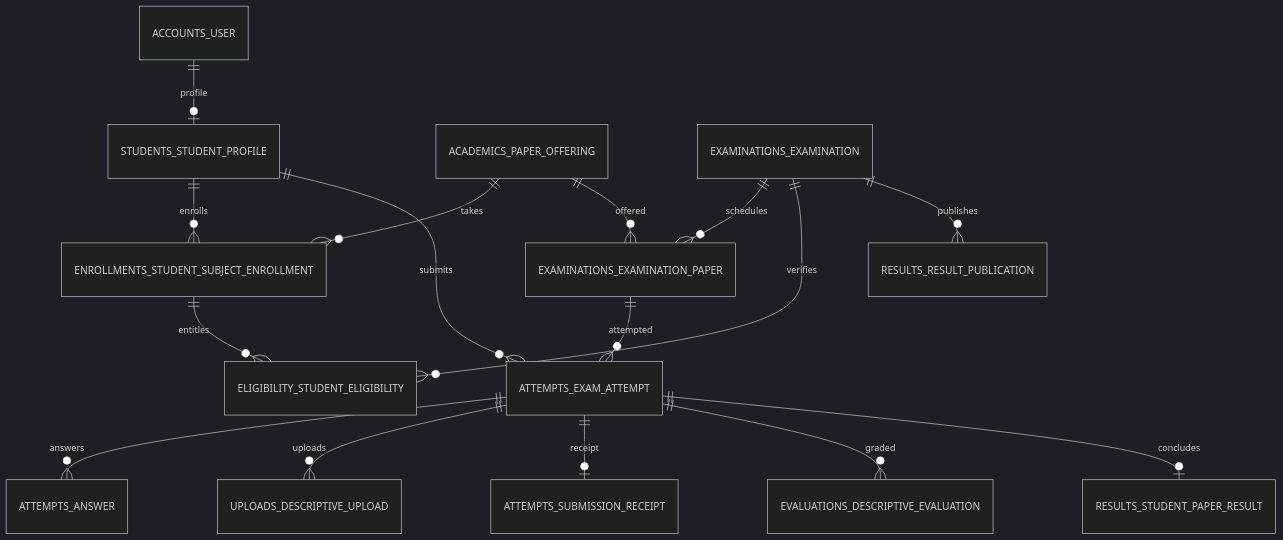
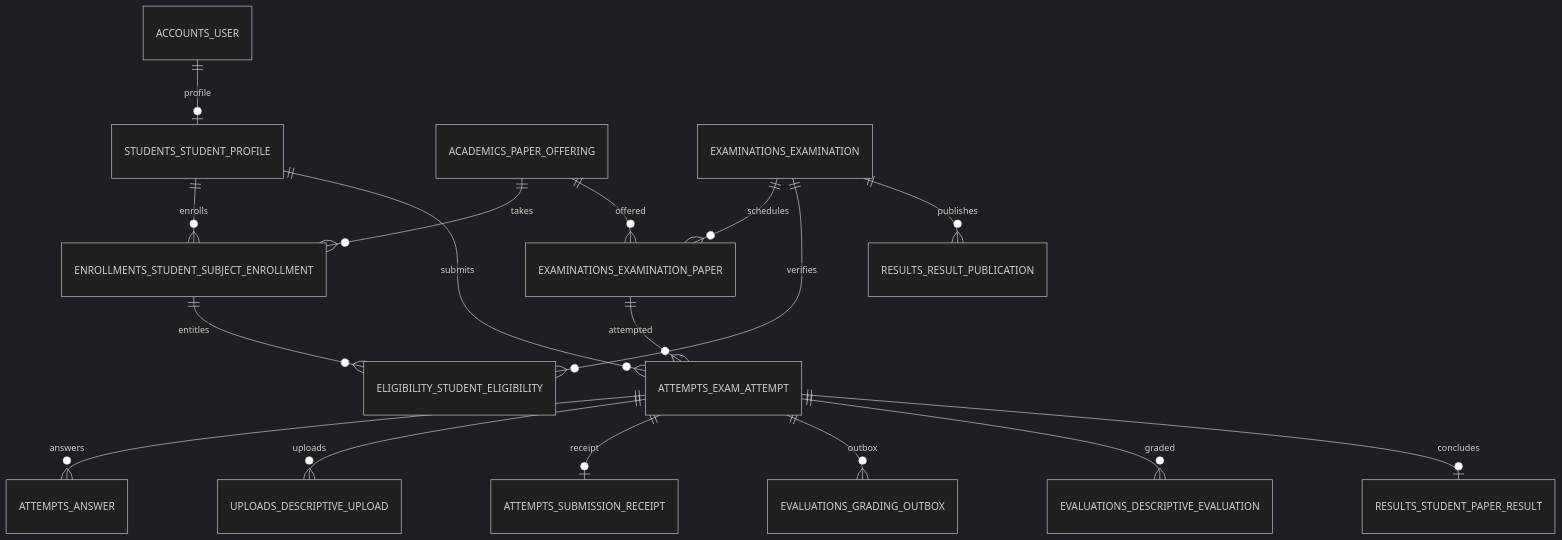
The seventh of 7 diagrams in docs/database-architecture.md (USER-00001-IND/college-online-examination-system), drawn with Mermaid (dark theme) before and after one commit. The commit also changed other lines of this file and 1 other file, not shown here.

````diff
--- a/docs/database-architecture.md
+++ b/docs/database-architecture.md
@@ -1652,23 +1785,24 @@
 ```mermaid
 erDiagram
     ACCOUNTS_USER ||--o| STUDENTS_STUDENT_PROFILE : "profile"
     STUDENTS_STUDENT_PROFILE ||--o{ ENROLLMENTS_STUDENT_SUBJECT_ENROLLMENT : "enrolls"
     ACADEMICS_PAPER_OFFERING ||--o{ ENROLLMENTS_STUDENT_SUBJECT_ENROLLMENT : "takes"
     
     EXAMINATIONS_EXAMINATION ||--o{ EXAMINATIONS_EXAMINATION_PAPER : "schedules"
     ACADEMICS_PAPER_OFFERING ||--o{ EXAMINATIONS_EXAMINATION_PAPER : "offered"
     
     ENROLLMENTS_STUDENT_SUBJECT_ENROLLMENT ||--o{ ELIGIBILITY_STUDENT_ELIGIBILITY : "entitles"
     EXAMINATIONS_EXAMINATION ||--o{ ELIGIBILITY_STUDENT_ELIGIBILITY : "verifies"
     
     EXAMINATIONS_EXAMINATION_PAPER ||--o{ ATTEMPTS_EXAM_ATTEMPT : "attempted"
     STUDENTS_STUDENT_PROFILE ||--o{ ATTEMPTS_EXAM_ATTEMPT : "submits"
     
     ATTEMPTS_EXAM_ATTEMPT ||--o{ ATTEMPTS_ANSWER : "answers"
     ATTEMPTS_EXAM_ATTEMPT ||--o{ UPLOADS_DESCRIPTIVE_UPLOAD : "uploads"
     ATTEMPTS_EXAM_ATTEMPT ||--o| ATTEMPTS_SUBMISSION_RECEIPT : "receipt"
+    ATTEMPTS_EXAM_ATTEMPT ||--o{ EVALUATIONS_GRADING_OUTBOX : "outbox"
     
     ATTEMPTS_EXAM_ATTEMPT ||--o{ EVALUATIONS_DESCRIPTIVE_EVALUATION : "graded"
     ATTEMPTS_EXAM_ATTEMPT ||--o| RESULTS_STUDENT_PAPER_RESULT : "concludes"
     EXAMINATIONS_EXAMINATION ||--o{ RESULTS_RESULT_PUBLICATION : "publishes"
 ```
````
